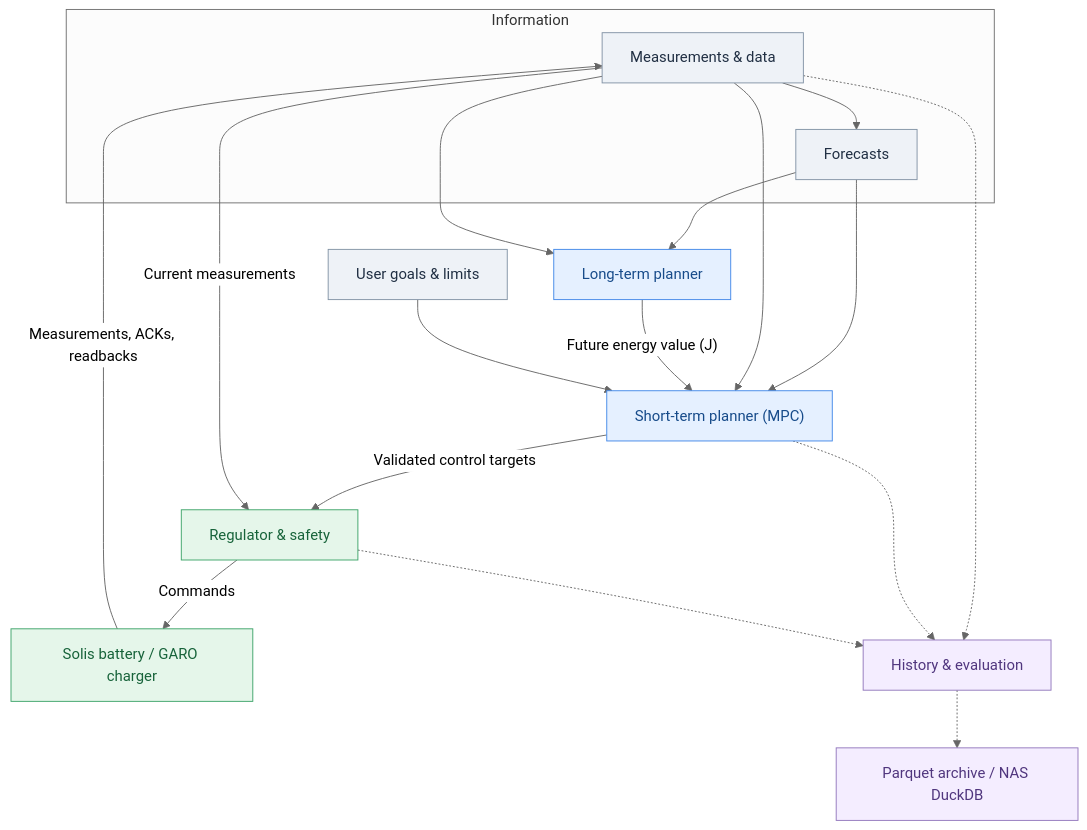
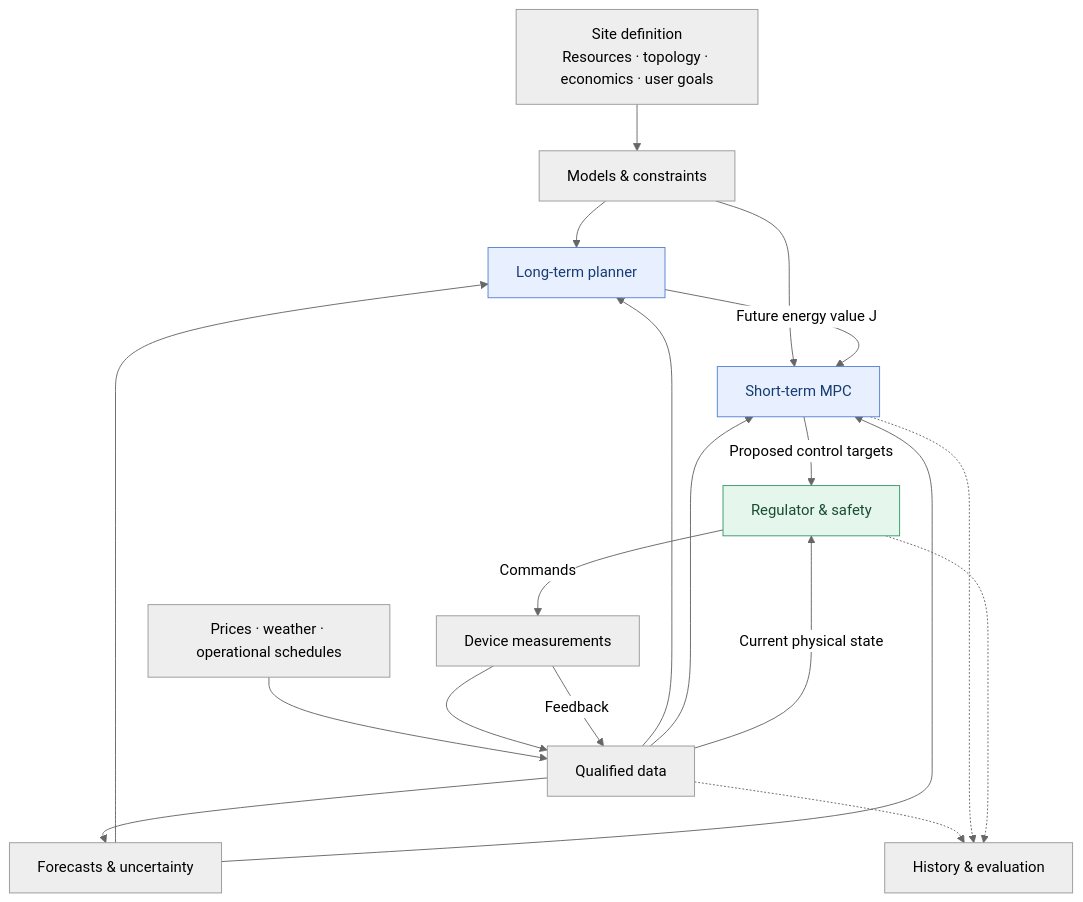
Before and after one commit to hugoenglund-wq/BEMS-public-preview: the first of 8 diagrams in docs/architecture.md, drawn with Mermaid (neutral theme). The commit also changed other lines of this file, not shown here.

Commit message:
Reframe architecture for modular BEMS Next, uncertainty and agent-ready adaptation

````diff
--- a/docs/architecture.md
+++ b/docs/architecture.md
@@ -15,29 +34,25 @@
 ```mermaid
 flowchart TB
-    subgraph Information[Information]
-      D["Measurements & data"] --> F["Forecasts"]
-    end
-    F --> L["Long-term planner"]
-    D --> L
-    F --> S["Short-term planner (MPC)"]
-    D --> S
-    L -->|"Future energy value (J)"| S
-    U["User goals & limits"] --> S
-    S -->|"Validated control targets"| R["Regulator & safety"]
-    D -->|"Current measurements"| R
-    R -->|"Commands"| H["Solis battery / GARO charger"]
-    H -->|"Measurements, ACKs, readbacks"| D
-    D -.-> O["History & evaluation"]
-    S -.-> O
-    R -.-> O
-    O -.-> A["Parquet archive / NAS DuckDB"]
-
-    classDef data fill:#eef2f7,stroke:#8293a5,color:#202f43
-    classDef planning fill:#e5f0ff,stroke:#4388e8,color:#174b8a
-    classDef control fill:#e5f6ea,stroke:#3da469,color:#17633a
-    classDef archive fill:#f4edff,stroke:#9277bc,color:#50367e
-    class D,U,F data
-    class L,S planning
-    class R,H control
-    class O,A archive
+    Site["Site definition<br/>Resources · topology · economics · user goals"] --> Models["Models & constraints"]
+    External["Prices · weather · operational schedules"] --> Data["Qualified data"]
+    Devices["Device measurements"] --> Data
+    Data --> F["Forecasts & uncertainty"]
+    Data --> L["Long-term planner"]
+    F --> L
+    Models --> L
+    Data --> S["Short-term MPC"]
+    F --> S
+    Models --> S
+    L -->|"Future energy value J"| S
+    S -->|"Proposed control targets"| R["Regulator & safety"]
+    Data -->|"Current physical state"| R
+    R -->|"Commands"| Devices
+    Devices -->|"Feedback"| Data
+    Data -.-> Archive["History & evaluation"]
+    S -.-> Archive
+    R -.-> Archive
+    classDef primary fill:#e8f0ff,stroke:#5482d4,color:#173c72
+    classDef protected fill:#e5f6ec,stroke:#369967,color:#194d31
+    class L,S primary
+    class R protected
 ```
````
